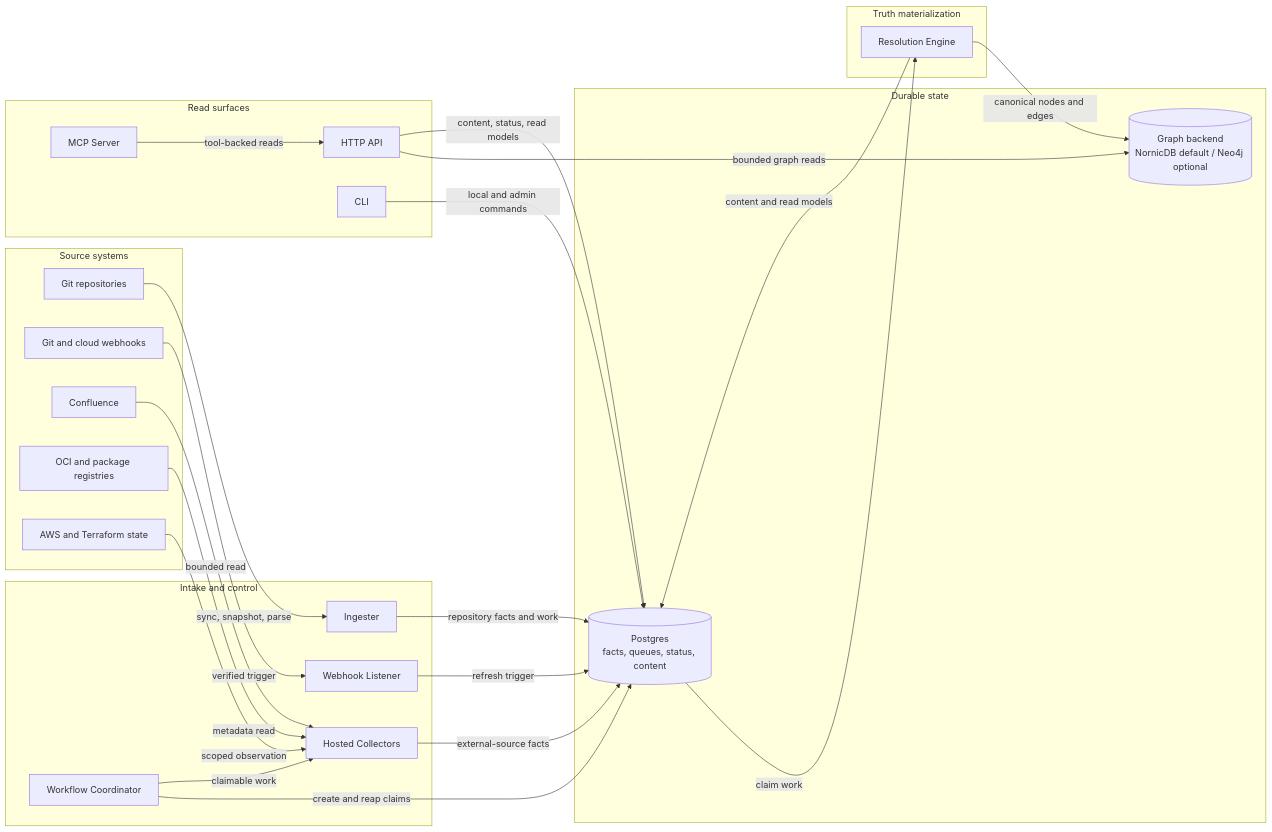
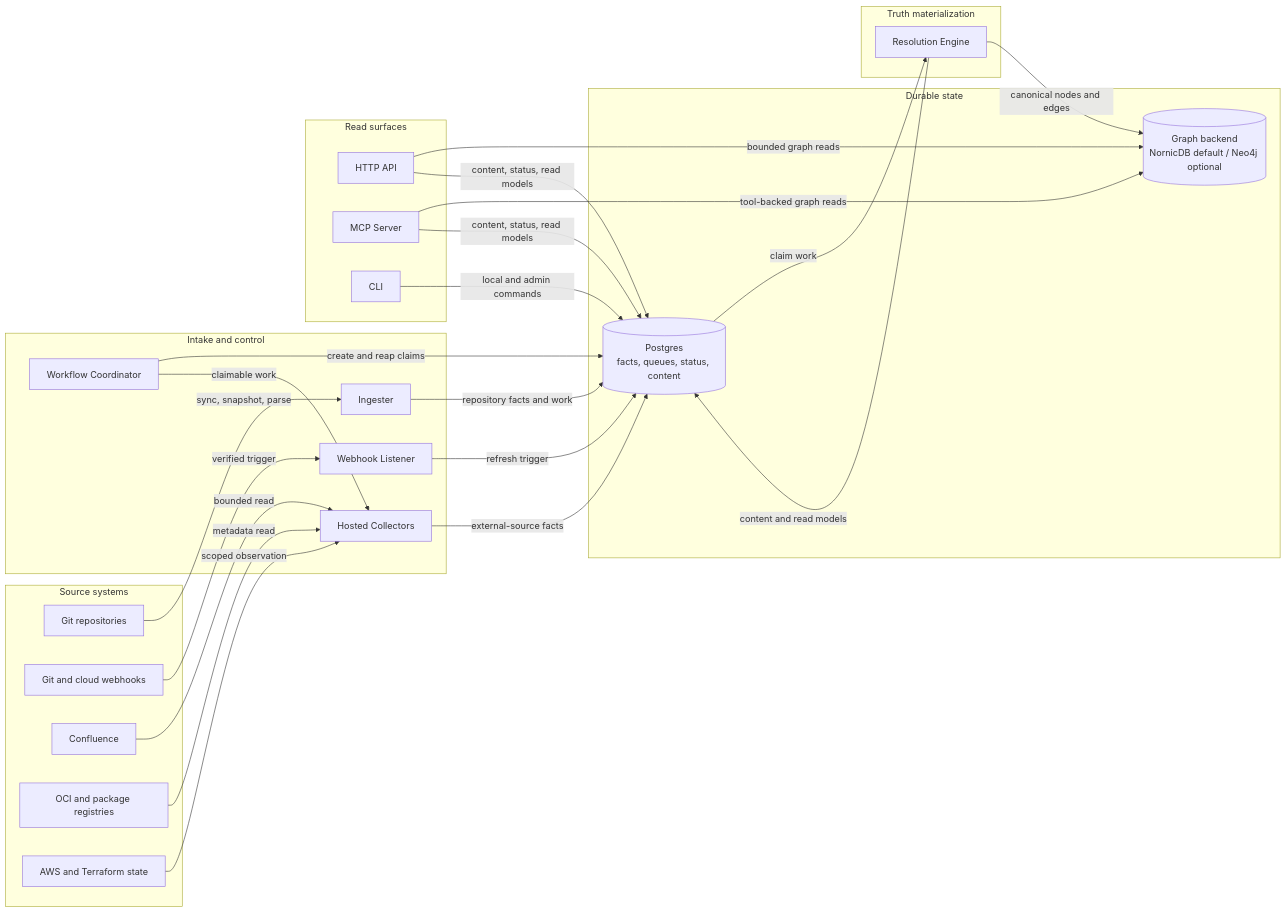
The first of 3 diagrams in docs/public/architecture.md (eshu-hq/eshu), drawn with Mermaid before and after one commit. The commit also changed other lines of this file and 28 other files, not shown here.

````diff
--- a/docs/public/architecture.md
+++ b/docs/public/architecture.md
@@ -34,50 +34,51 @@
 ```mermaid
 flowchart LR
   subgraph Sources["Source systems"]
     Git["Git repositories"]
     Hooks["Git and cloud webhooks"]
     Docs["Confluence"]
     Registries["OCI and package registries"]
     Cloud["AWS and Terraform state"]
   end
 
   subgraph Intake["Intake and control"]
     Ingester["Ingester"]
     Webhook["Webhook Listener"]
     Coordinator["Workflow Coordinator"]
     Collectors["Hosted Collectors"]
   end
 
   subgraph State["Durable state"]
     Postgres[("Postgres\nfacts, queues, status, content")]
     Graph[("Graph backend\nNornicDB default / Neo4j optional")]
   end
 
   subgraph Projection["Truth materialization"]
     Reducer["Resolution Engine"]
   end
 
   subgraph Reads["Read surfaces"]
     API["HTTP API"]
     MCP["MCP Server"]
     CLI["CLI"]
   end
 
   Git -->|"sync, snapshot, parse"| Ingester
   Hooks -->|"verified trigger"| Webhook
   Docs -->|"bounded read"| Collectors
   Registries -->|"metadata read"| Collectors
   Cloud -->|"scoped observation"| Collectors
   Coordinator -->|"create and reap claims"| Postgres
   Coordinator -->|"claimable work"| Collectors
   Webhook -->|"refresh trigger"| Postgres
   Ingester -->|"repository facts and work"| Postgres
   Collectors -->|"external-source facts"| Postgres
   Postgres -->|"claim work"| Reducer
   Reducer -->|"canonical nodes and edges"| Graph
   Reducer -->|"content and read models"| Postgres
   API -->|"bounded graph reads"| Graph
   API -->|"content, status, read models"| Postgres
-  MCP -->|"tool-backed reads"| API
+  MCP -->|"tool-backed graph reads"| Graph
+  MCP -->|"content, status, read models"| Postgres
   CLI -->|"local and admin commands"| Postgres
 ```
````
